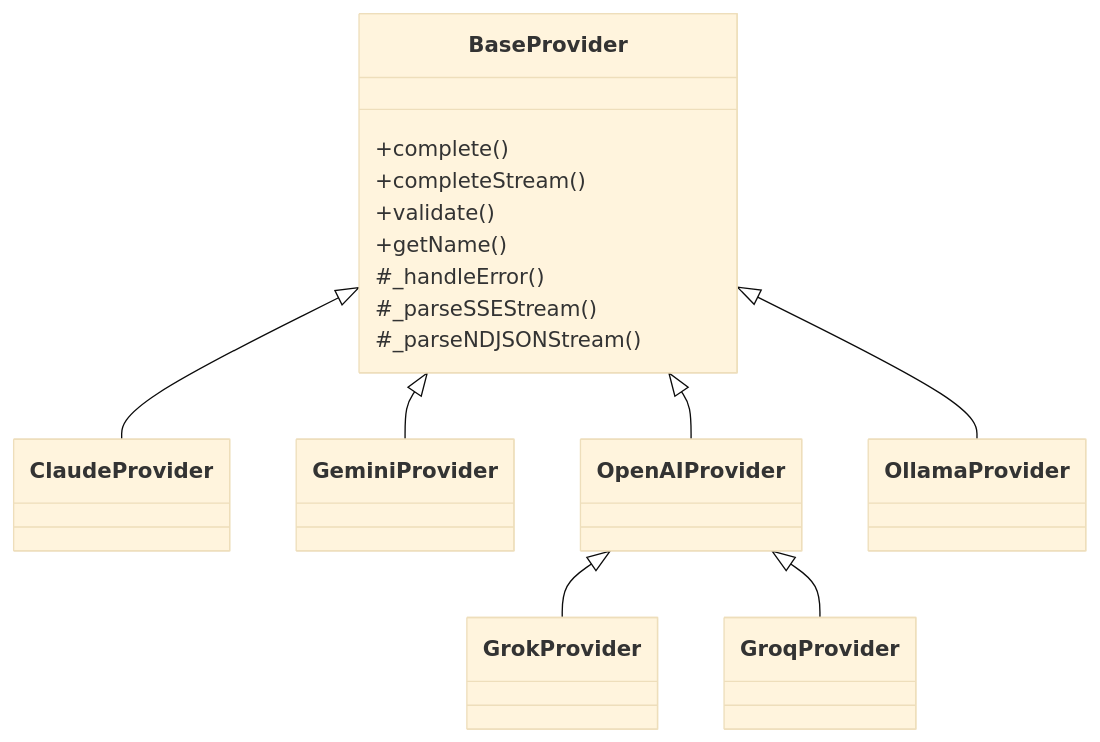
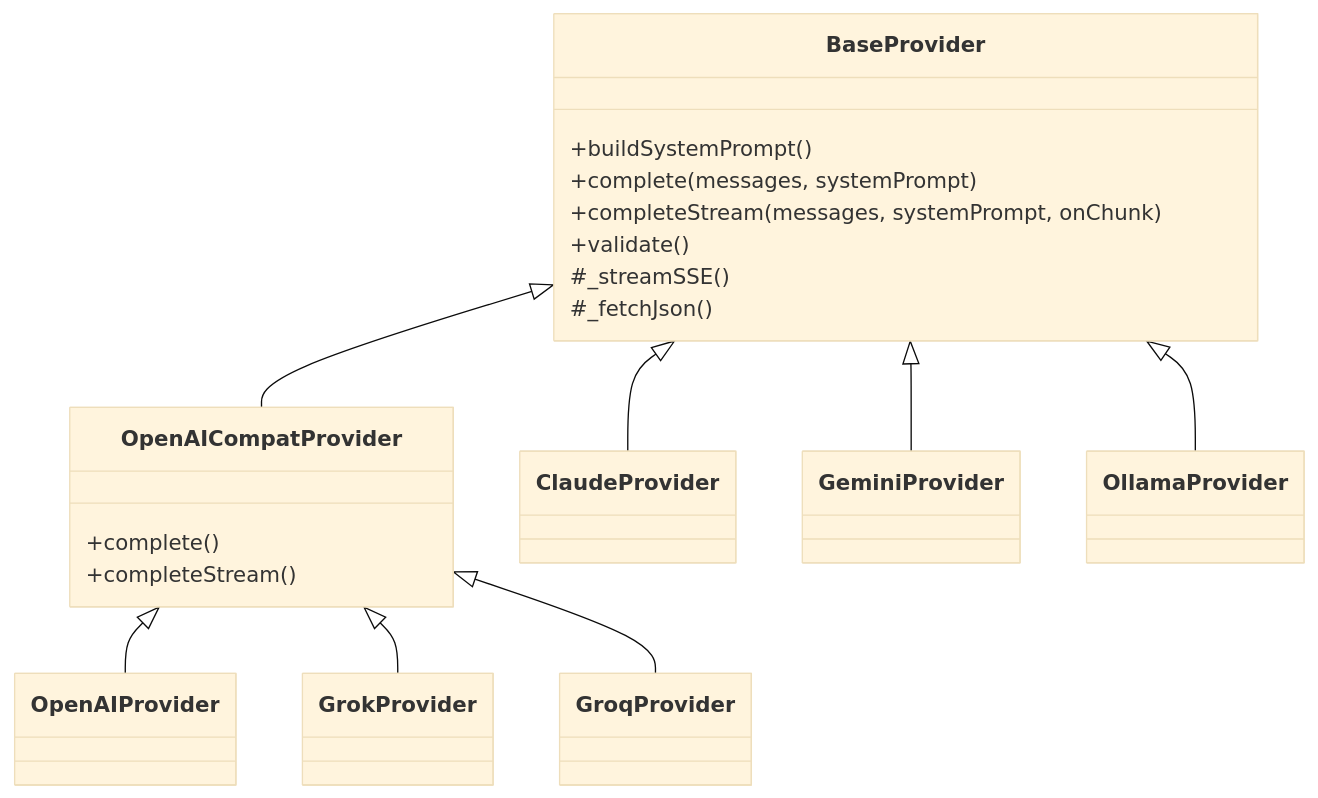
Before and after one commit to Royc4515/Aside: the first of 2 diagrams in README.md, drawn with Mermaid (base theme). The commit also changed other lines of this file, not shown here.

First line of the commit message:
docs: update README for post-redesign architecture

````diff
--- a/README.md
+++ b/README.md
@@ -47,18 +54,22 @@
 ```mermaid
 classDiagram
     class BaseProvider {
+        +buildSystemPrompt()
+        +complete(messages, systemPrompt)
+        +completeStream(messages, systemPrompt, onChunk)
+        +validate()
+        #_streamSSE()
+        #_fetchJson()
+    }
+    class OpenAICompatProvider {
         +complete()
         +completeStream()
-        +validate()
-        +getName()
-        #_handleError()
-        #_parseSSEStream()
-        #_parseNDJSONStream()
     }
+    BaseProvider <|-- OpenAICompatProvider
     BaseProvider <|-- ClaudeProvider
     BaseProvider <|-- GeminiProvider
-    BaseProvider <|-- OpenAIProvider
     BaseProvider <|-- OllamaProvider
-    OpenAIProvider <|-- GrokProvider
-    OpenAIProvider <|-- GroqProvider
+    OpenAICompatProvider <|-- OpenAIProvider
+    OpenAICompatProvider <|-- GrokProvider
+    OpenAICompatProvider <|-- GroqProvider
 ```
````
